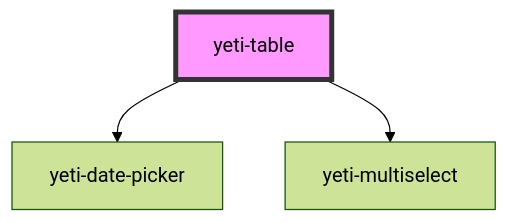
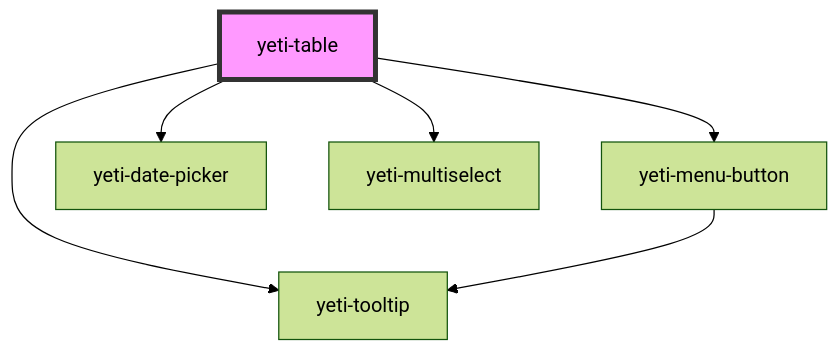
The diagram in src/components/yeti-table/readme.md (msoltvedt/yeti), drawn with Mermaid (forest theme) before and after one commit. The commit also changed other lines of this file and 44 other files, not shown here.

````diff
--- a/src/components/yeti-table/readme.md
+++ b/src/components/yeti-table/readme.md
@@ -26,6 +35,9 @@
 ```mermaid
 graph TD;
+  yeti-table --> yeti-menu-button
+  yeti-table --> yeti-tooltip
   yeti-table --> yeti-date-picker
   yeti-table --> yeti-multiselect
+  yeti-menu-button --> yeti-tooltip
   style yeti-table fill:#f9f,stroke:#333,stroke-width:4px
 ```
````
